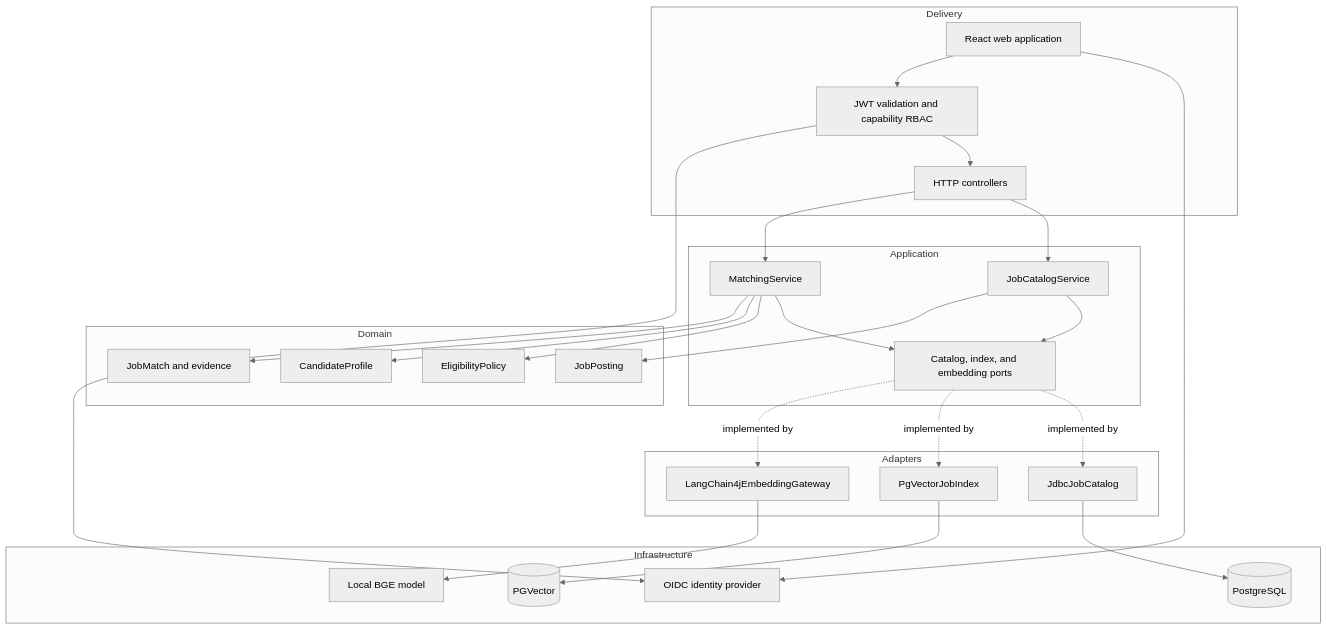
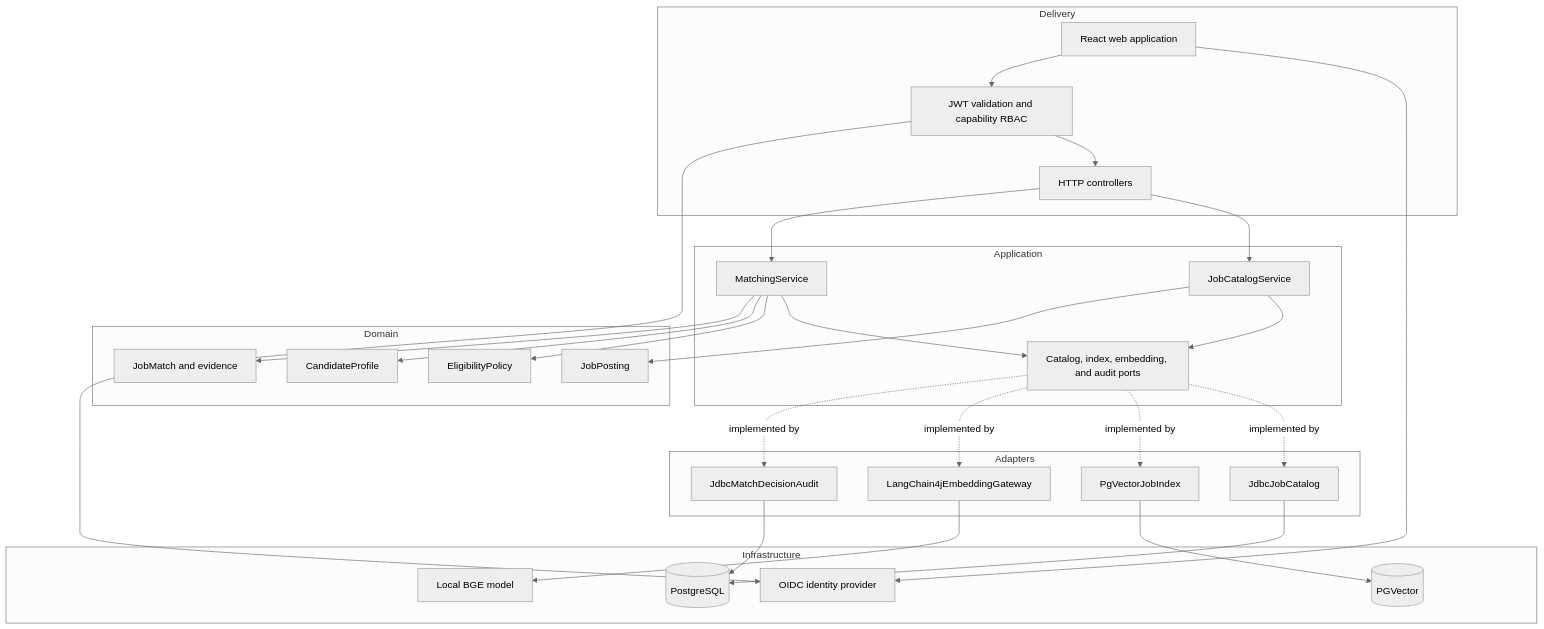
One commit to pedrovvitor/talent-intelligence-platform changed the diagram in docs/architecture/architecture.md. Above: the diagram before and after it, drawn with Mermaid (neutral theme). The commit also changed other lines of this file and 33 other files, not shown here.

````diff
--- a/docs/architecture/architecture.md
+++ b/docs/architecture/architecture.md
@@ -7,47 +7,50 @@
 ```mermaid
 flowchart TB
     subgraph Delivery
         React[React web application]
         Security[JWT validation and capability RBAC]
         Controllers[HTTP controllers]
     end
     subgraph Application
         CatalogService[JobCatalogService]
         MatchingService[MatchingService]
-        Ports[Catalog, index, and embedding ports]
+        Ports[Catalog, index, embedding, and audit ports]
     end
     subgraph Domain
         Job[JobPosting]
         Candidate[CandidateProfile]
         Eligibility[EligibilityPolicy]
         Evidence[JobMatch and evidence]
     end
     subgraph Adapters
         JDBC[JdbcJobCatalog]
         Vector[PgVectorJobIndex]
         Embedding[LangChain4jEmbeddingGateway]
+        Audit[JdbcMatchDecisionAudit]
     end
     subgraph Infrastructure
         IdP[OIDC identity provider]
         Postgres[(PostgreSQL)]
         PGVector[(PGVector)]
         BGE[Local BGE model]
     end
 
     React --> IdP
     React --> Security --> Controllers --> CatalogService
     Controllers --> MatchingService
     CatalogService --> Ports
     MatchingService --> Ports
     MatchingService --> Eligibility
     Ports -. implemented by .-> JDBC
     Ports -. implemented by .-> Vector
     Ports -. implemented by .-> Embedding
+    Ports -. implemented by .-> Audit
     JDBC --> Postgres
     Vector --> PGVector
     Embedding --> BGE
+    Audit --> Postgres
     Security --> IdP
     CatalogService --> Job
     MatchingService --> Candidate
     MatchingService --> Evidence
 ```
````
